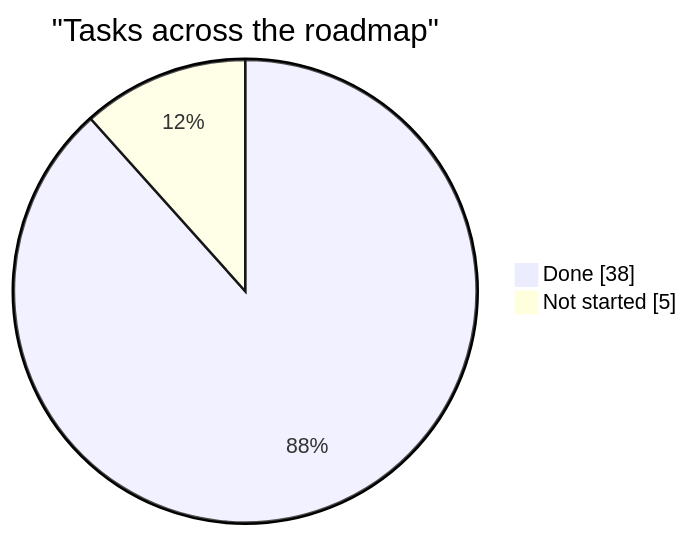
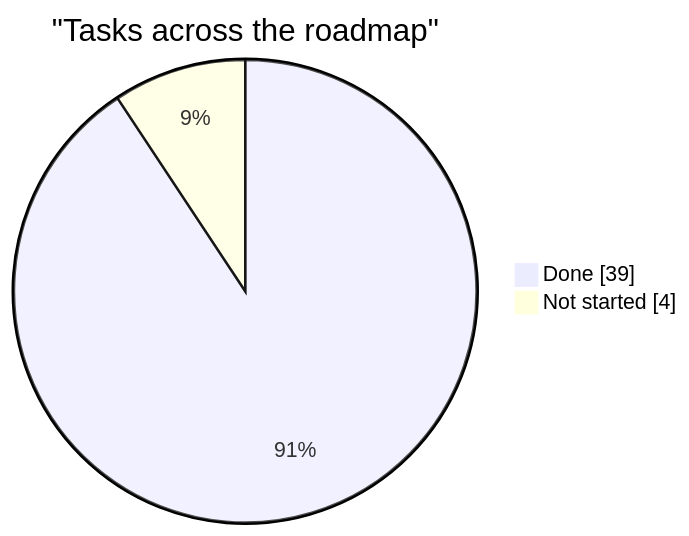
One commit to AdamClemens/PyFlow changed the diagram in docs/planning/status.md. Above: the diagram before and after it, drawn with Mermaid. The commit also changed other lines of this file and 1 other file, not shown here.

````diff
--- a/docs/planning/status.md
+++ b/docs/planning/status.md
@@ -21,6 +21,6 @@
 ```mermaid
 pie showData
     title "Tasks across the roadmap"
-    "Done" : 38
-    "Not started" : 5
+    "Done" : 39
+    "Not started" : 4
 ```
````
